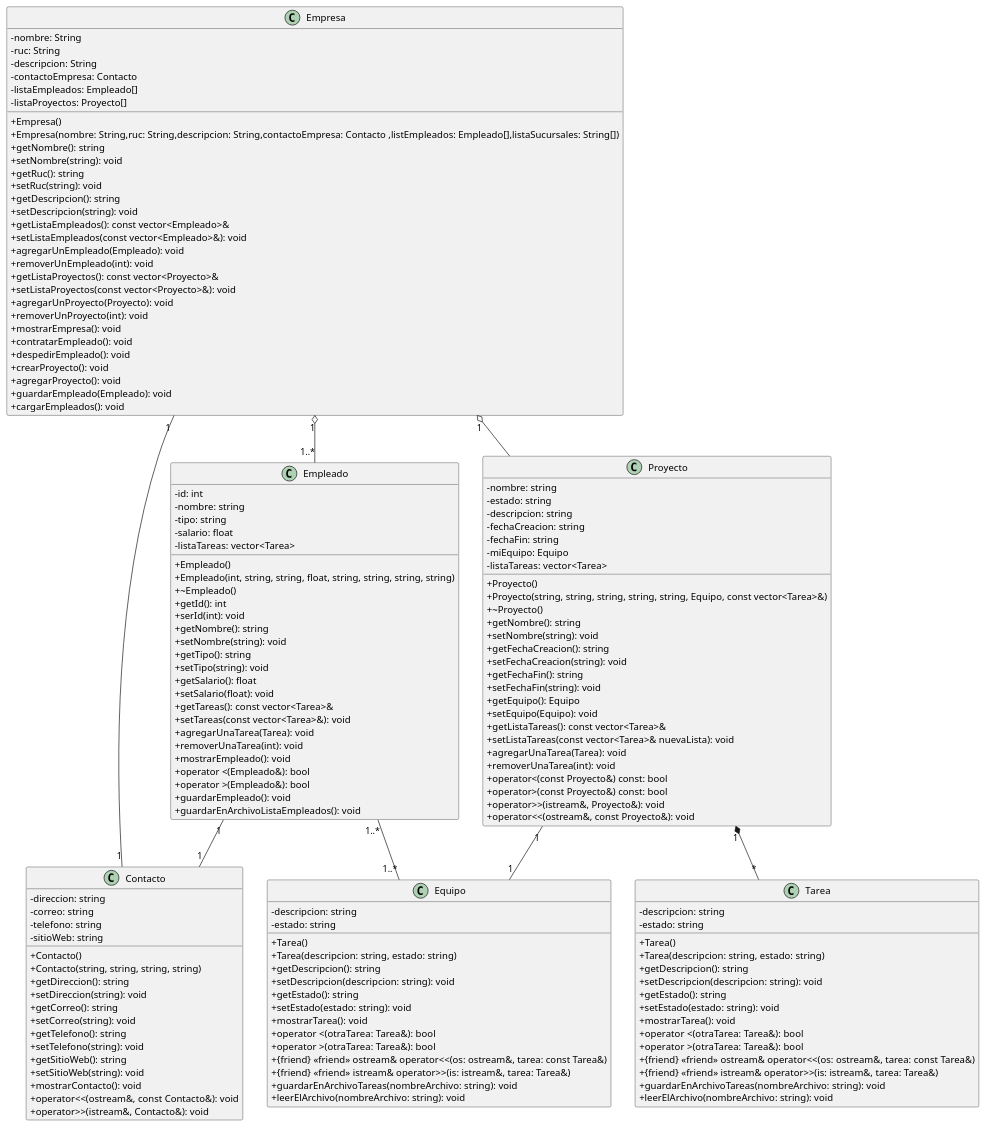
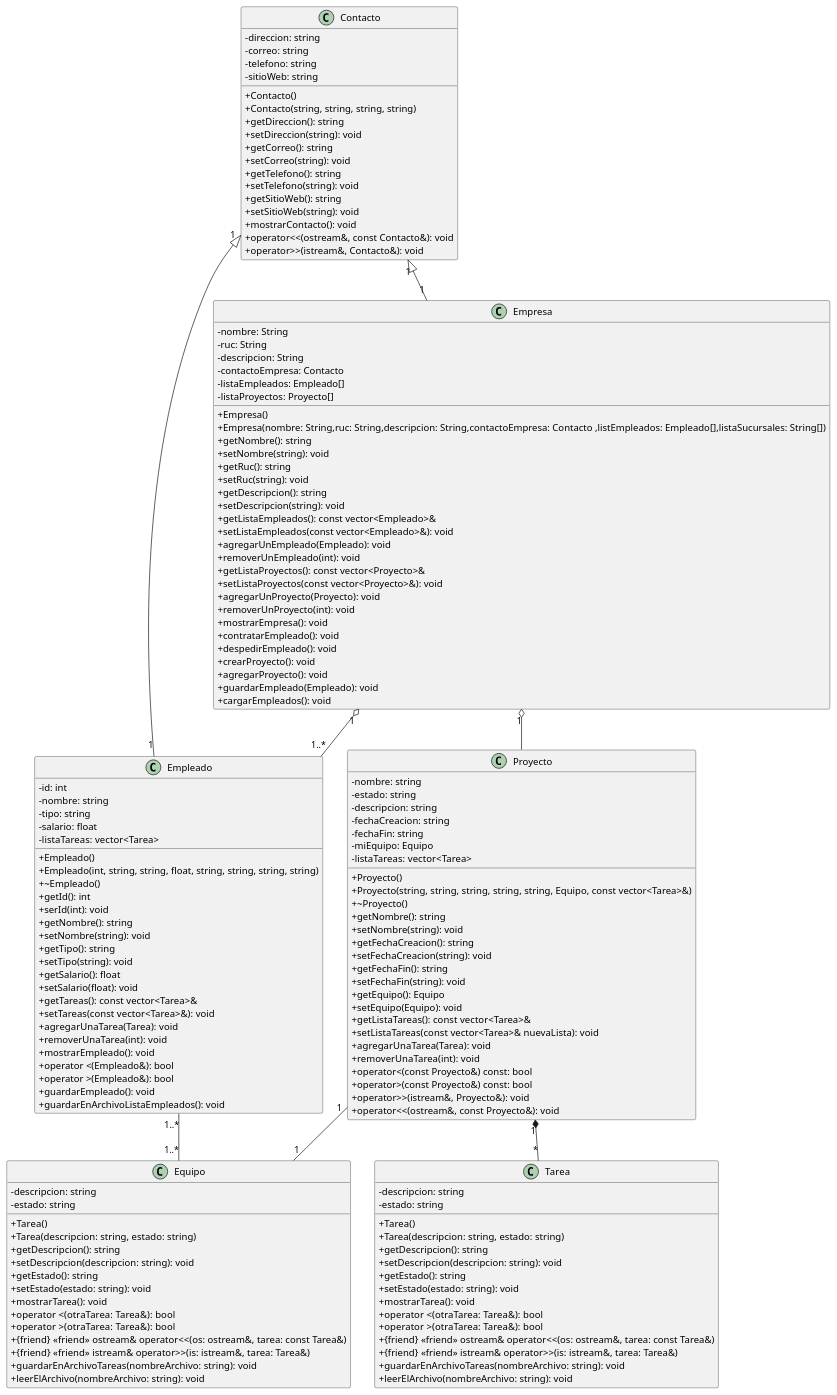
The diagram in diagramaClass.puml (royfrankly/empresaurios), drawn with PlantUML before and after one commit.

Commit message:
Update diagramaClass.puml
herencia en la clase contacto hacia las clases empresa y empleados

```diff
--- a/diagramaClass.puml
+++ b/diagramaClass.puml
@@ -1,153 +1,153 @@
 @startuml
 skinparam ClassAttributeIconSize 0
 class Empresa {
     - nombre: String
     - ruc: String
     - descripcion: String
     - contactoEmpresa: Contacto
     - listaEmpleados: Empleado[]
     - listaProyectos: Proyecto[]
 
     +Empresa()
     +Empresa(nombre: String,ruc: String,descripcion: String,contactoEmpresa: Contacto ,listEmpleados: Empleado[],listaSucursales: String[])
     + getNombre(): string
     + setNombre(string): void
     + getRuc(): string
     + setRuc(string): void
     + getDescripcion(): string
     + setDescripcion(string): void
     + getListaEmpleados(): const vector<Empleado>&
     + setListaEmpleados(const vector<Empleado>&): void
     + agregarUnEmpleado(Empleado): void
     + removerUnEmpleado(int): void
     + getListaProyectos(): const vector<Proyecto>&
     + setListaProyectos(const vector<Proyecto>&): void
     + agregarUnProyecto(Proyecto): void
     + removerUnProyecto(int): void
     + mostrarEmpresa(): void
     + contratarEmpleado(): void
     + despedirEmpleado(): void
     + crearProyecto(): void
     + agregarProyecto(): void
     + guardarEmpleado(Empleado): void
     + cargarEmpleados(): void
 }
 
 class Empleado {
     - id: int
     - nombre: string
     - tipo: string   
     - salario: float
     - listaTareas: vector<Tarea>
     + Empleado()
     + Empleado(int, string, string, float, string, string, string, string)
     + ~Empleado()
     + getId(): int
     + serId(int): void
     + getNombre(): string
     + setNombre(string): void
     + getTipo(): string
     + setTipo(string): void
     + getSalario(): float
     + setSalario(float): void
     + getTareas(): const vector<Tarea>&
     + setTareas(const vector<Tarea>&): void
     + agregarUnaTarea(Tarea): void
     + removerUnaTarea(int): void
     + mostrarEmpleado(): void
     + operator <(Empleado&): bool
     + operator >(Empleado&): bool
     + guardarEmpleado(): void
     + guardarEnArchivoListaEmpleados(): void
 }
 class Contacto{
     - direccion: string
     - correo: string
     - telefono: string
     - sitioWeb: string
     + Contacto()
     + Contacto(string, string, string, string)
     + getDireccion(): string
     + setDireccion(string): void
     + getCorreo(): string
     + setCorreo(string): void
     + getTelefono(): string
     + setTelefono(string): void
     + getSitioWeb(): string
     + setSitioWeb(string): void
     + mostrarContacto(): void
     + operator<<(ostream&, const Contacto&): void
     + operator>>(istream&, Contacto&): void
 }  
 
 class Proyecto {
     - nombre: string
     - estado: string
     - descripcion: string
     - fechaCreacion: string
     - fechaFin: string
     - miEquipo: Equipo
     - listaTareas: vector<Tarea>
     + Proyecto()
     + Proyecto(string, string, string, string, string, Equipo, const vector<Tarea>&)
     + ~Proyecto()
     + getNombre(): string
     + setNombre(string): void
     + getFechaCreacion(): string
     + setFechaCreacion(string): void
     + getFechaFin(): string
     + setFechaFin(string): void
     + getEquipo(): Equipo
     + setEquipo(Equipo): void
     + getListaTareas(): const vector<Tarea>&
     + setListaTareas(const vector<Tarea>& nuevaLista): void
     + agregarUnaTarea(Tarea): void
     + removerUnaTarea(int): void
     + operator<(const Proyecto&) const: bool
     + operator>(const Proyecto&) const: bool
     + operator>>(istream&, Proyecto&): void
     + operator<<(ostream&, const Proyecto&): void
 }
 
 class Equipo {
     - descripcion: string
     - estado: string
     + Tarea()
     + Tarea(descripcion: string, estado: string)
     + getDescripcion(): string
     + setDescripcion(descripcion: string): void
     + getEstado(): string
     + setEstado(estado: string): void
     + mostrarTarea(): void
     + operator <(otraTarea: Tarea&): bool
     + operator >(otraTarea: Tarea&): bool
     + {friend} <<friend>> ostream& operator<<(os: ostream&, tarea: const Tarea&)
     + {friend} <<friend>> istream& operator>>(is: istream&, tarea: Tarea&)
     + guardarEnArchivoTareas(nombreArchivo: string): void
     + leerElArchivo(nombreArchivo: string): void
 }
 Class Tarea {
     - descripcion: string
     - estado: string
     + Tarea()
     + Tarea(descripcion: string, estado: string)
     + getDescripcion(): string
     + setDescripcion(descripcion: string): void
     + getEstado(): string
     + setEstado(estado: string): void
     + mostrarTarea(): void
     + operator <(otraTarea: Tarea&): bool
     + operator >(otraTarea: Tarea&): bool
     + {friend} <<friend>> ostream& operator<<(os: ostream&, tarea: const Tarea&)
     + {friend} <<friend>> istream& operator>>(is: istream&, tarea: Tarea&)
     + guardarEnArchivoTareas(nombreArchivo: string): void
     + leerElArchivo(nombreArchivo: string): void
 }
-Empresa "1"-- "1" Contacto
-Empleado "1"--"1" Contacto
+Contacto "1"<|-- "1" Empresa
+Contacto "1"<|--"1" Empleado
 Empresa "1" o--"1..*"Empleado 
 Empleado "1..*"--"1..*" Equipo
 Proyecto "1" --"1" Equipo
 Proyecto "1"*--"*" Tarea
 Empresa "1" o-- Proyecto
 @enduml
```
